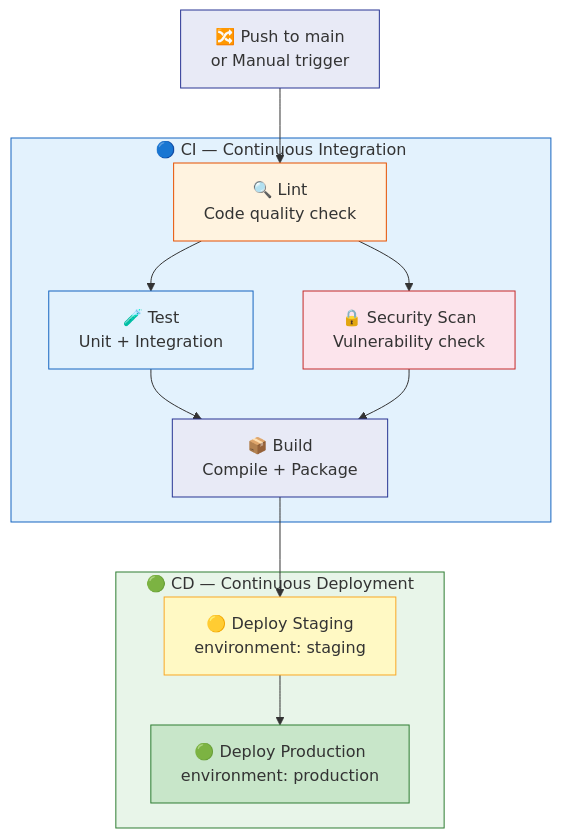
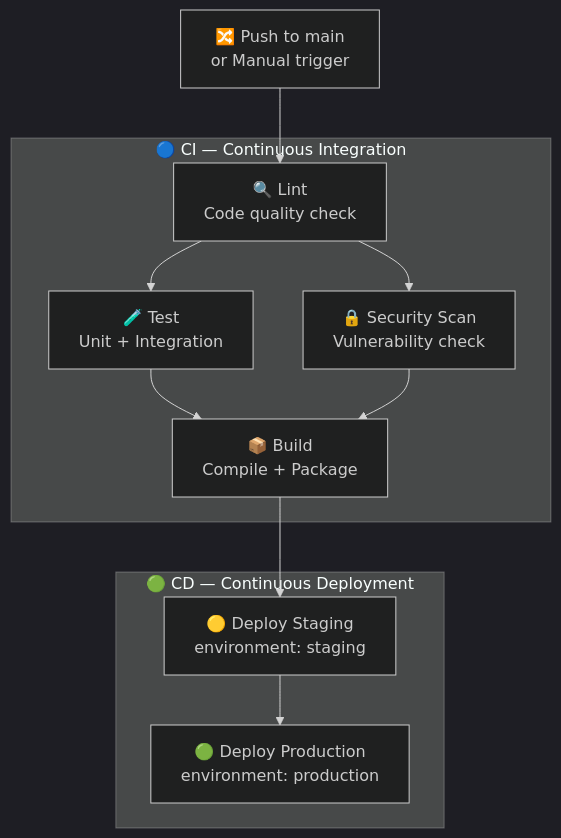
One commit to vishutyagi0210/github-ci-cd-with-labs changed the first of 3 diagrams in 13-real-world-ci-cd/README.md. Above: the diagram before and after it, drawn with Mermaid. The commit also changed other lines of this file and 13 other files, not shown here.

Commit message:
fix: switch all mermaid diagrams to dark theme for better readability

````diff
--- a/13-real-world-ci-cd/README.md
+++ b/13-real-world-ci-cd/README.md
@@ -9,33 +9,25 @@
 ```mermaid
+%%{init: {"theme": "dark"}}%%
 graph TD
     TRIGGER["🔀 Push to main<br/>or Manual trigger"] --> LINT
 
     subgraph CI["🔵 CI — Continuous Integration"]
         LINT["🔍 Lint<br/>Code quality check"]
         TEST["🧪 Test<br/>Unit + Integration"]
         SECURITY["🔒 Security Scan<br/>Vulnerability check"]
         BUILD["📦 Build<br/>Compile + Package"]
     end
 
     subgraph CD["🟢 CD — Continuous Deployment"]
         STAGING["🟡 Deploy Staging<br/>environment: staging"]
         PROD["🟢 Deploy Production<br/>environment: production"]
     end
 
     LINT --> TEST
     LINT --> SECURITY
     TEST --> BUILD
     SECURITY --> BUILD
     BUILD --> STAGING
     STAGING --> PROD
 
-    style TRIGGER fill:#e8eaf6,stroke:#283593
-    style CI fill:#e3f2fd,stroke:#1565c0
-    style CD fill:#e8f5e9,stroke:#2e7d32
-    style LINT fill:#fff3e0,stroke:#e65100
-    style TEST fill:#e3f2fd,stroke:#1565c0
-    style SECURITY fill:#fce4ec,stroke:#c62828
-    style BUILD fill:#e8eaf6,stroke:#283593
-    style STAGING fill:#fff9c4,stroke:#f9a825
-    style PROD fill:#c8e6c9,stroke:#2e7d32
 ```
````
